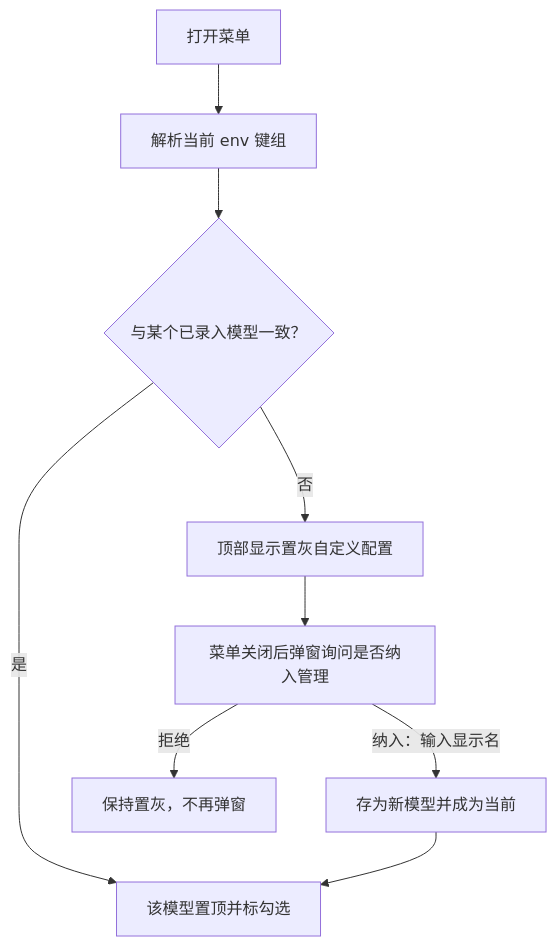
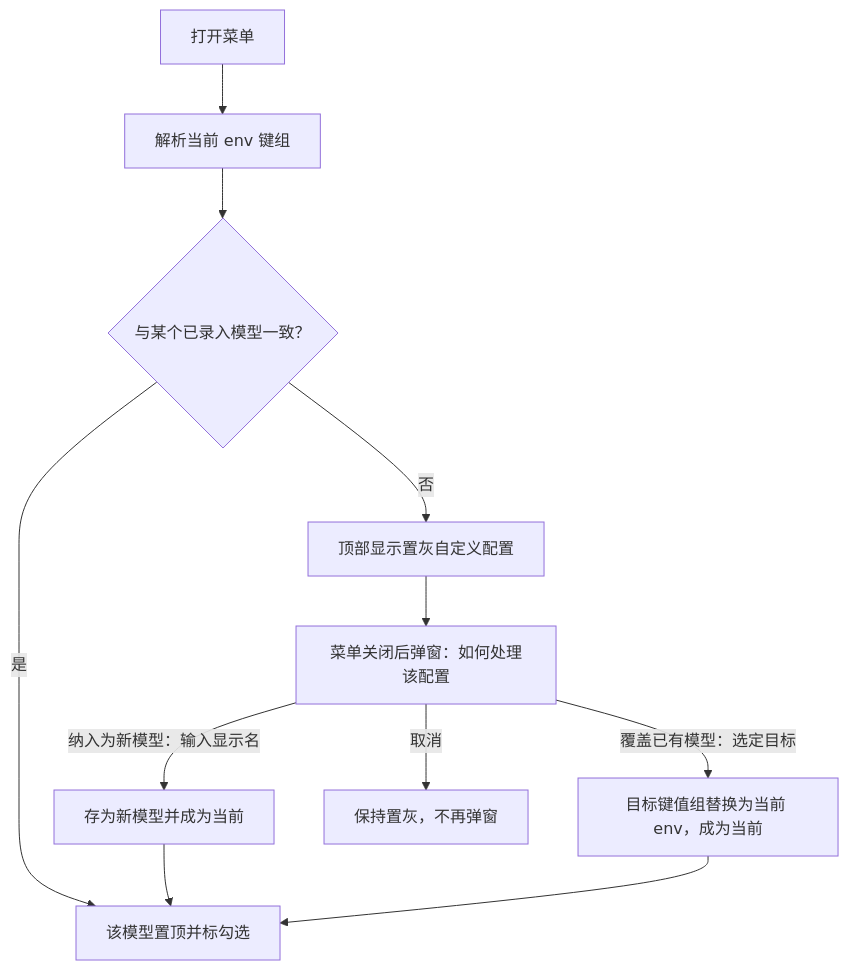
One commit to chuxiao/cc-models changed the second of 3 diagrams in docs/superpowers/specs/2026-11-04-cc-model/design.md. Above: the diagram before and after it, drawn with Mermaid. The commit also changed other lines of this file, not shown here.

````diff
--- a/docs/superpowers/specs/2026-11-04-cc-model/design.md
+++ b/docs/superpowers/specs/2026-11-04-cc-model/design.md
@@ -99,11 +100,13 @@
 ```mermaid
 flowchart TD
     A["打开菜单"] --> B["解析当前 env 键组"]
     B --> C{"与某个已录入模型一致？"}
     C -->|"是"| D["该模型置顶并标勾选"]
     C -->|"否"| E["顶部显示置灰自定义配置"]
-    E --> F["菜单关闭后弹窗询问是否纳入管理"]
-    F -->|"纳入：输入显示名"| G["存为新模型并成为当前"]
-    F -->|"拒绝"| H["保持置灰，不再弹窗"]
+    E --> F["菜单关闭后弹窗：如何处理该配置"]
+    F -->|"纳入为新模型：输入显示名"| G["存为新模型并成为当前"]
+    F -->|"覆盖已有模型：选定目标"| I["目标键值组替换为当前 env，成为当前"]
+    F -->|"取消"| H["保持置灰，不再弹窗"]
     G --> D
+    I --> D
 ```
````
